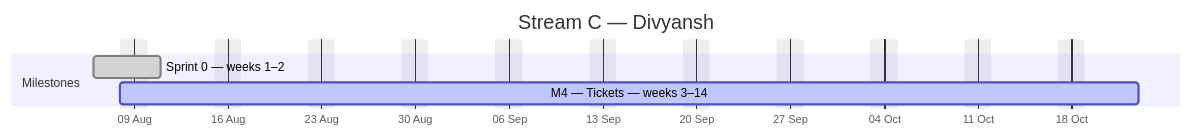
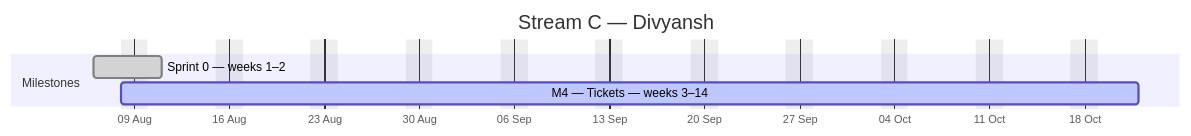
One commit to debashisedunext/EduTrack changed the third of 4 diagrams in docs/plan/GANTT.md. Above: the diagram before and after it, drawn with Mermaid. The commit also changed other lines of this file and 3 other files, not shown here.

````diff
--- a/docs/plan/GANTT.md
+++ b/docs/plan/GANTT.md
@@ -140,10 +139,10 @@
 ```mermaid
 gantt
     dateFormat YYYY-MM-DD
     axisFormat %d %b
     title Stream C — Divyansh
     excludes weekends
     section Milestones
     Sprint 0 — weeks 1–2 :done, c0, 2026-08-06, 3d
-    M4 — Tickets — weeks 3–14 :active, c1, 2026-08-08, 55d
+    M4 — Tickets — weeks 3–14 :active, c1, 2026-08-08, 54d
 ```
````
